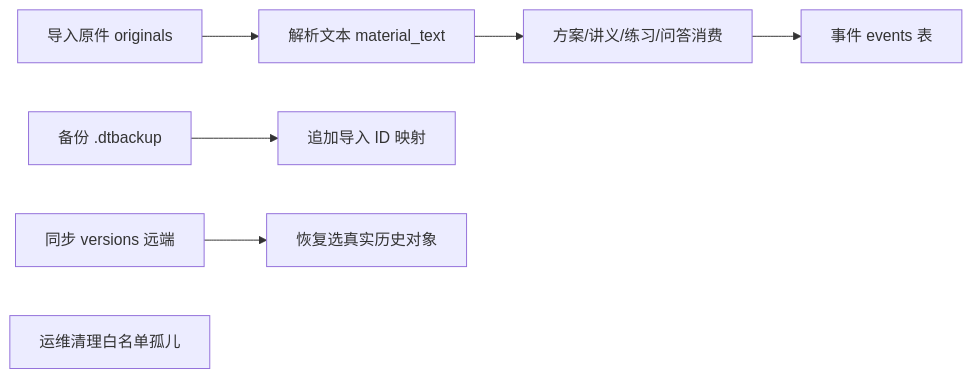
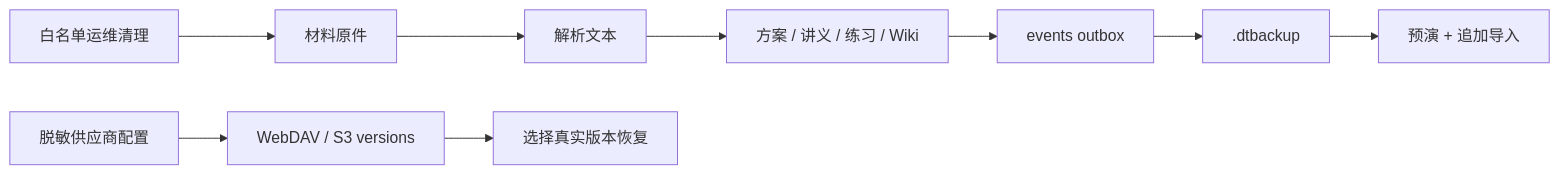
Before and after one commit to hershate/Deep-tutor: the fourth of 5 diagrams in docs/architecture/03-workflow.md, drawn with Mermaid. The commit also changed other lines of this file and 1 other file, not shown here.

````diff
--- a/docs/architecture/03-workflow.md
+++ b/docs/architecture/03-workflow.md
@@ -210,9 +158,11 @@
 ```mermaid
 flowchart LR
-    I[导入原件 originals] --> P[解析文本 material_text]
-    P --> U[方案/讲义/练习/问答消费]
-    U --> E[事件 events 表]
-    B[备份 .dtbackup] --> R[追加导入 ID 映射]
-    S[同步 versions 远端] --> V[恢复选真实历史对象]
-    M[运维清理白名单孤儿]
+    I[材料原件] --> P[解析文本]
+    P --> U[方案 / 讲义 / 练习 / Wiki]
+    U --> E[events outbox]
+    E --> B[.dtbackup]
+    B --> R[预演 + 追加导入]
+    C[脱敏供应商配置] --> S[WebDAV / S3 versions]
+    S --> V[选择真实版本恢复]
+    M[白名单运维清理] --> I
 ```
````
